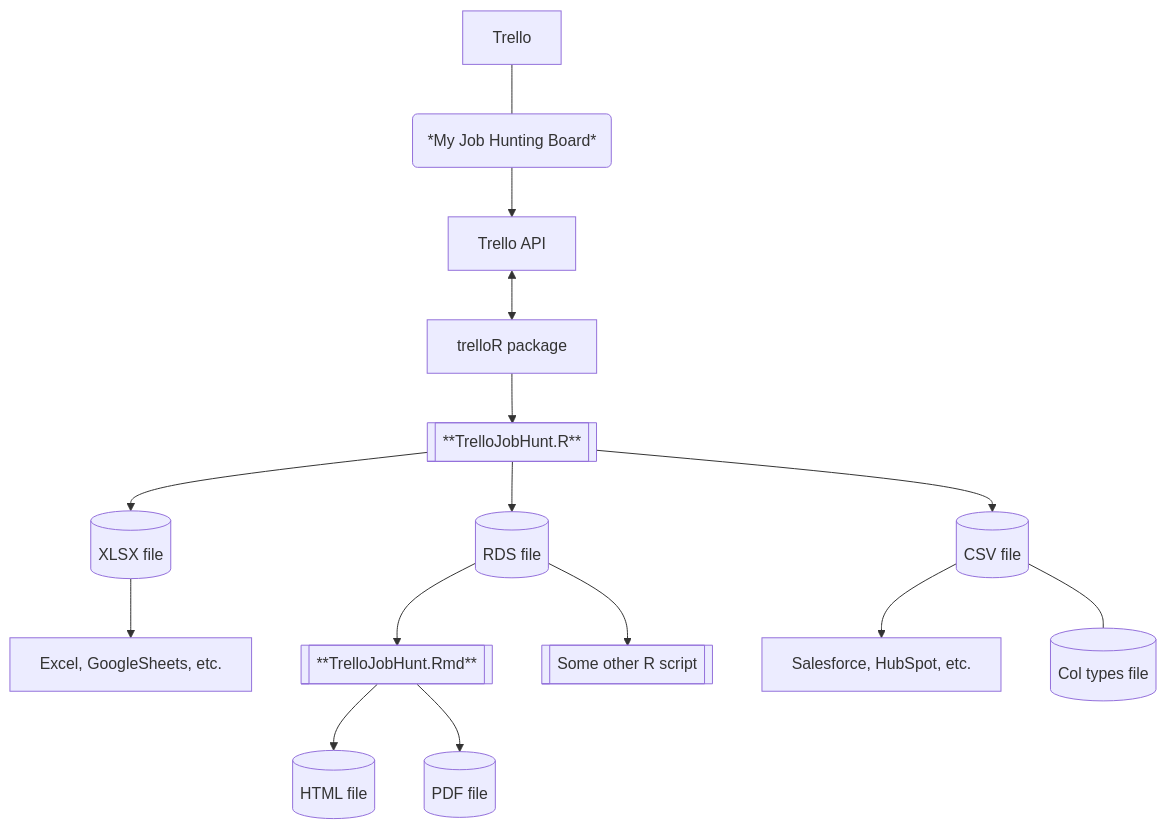
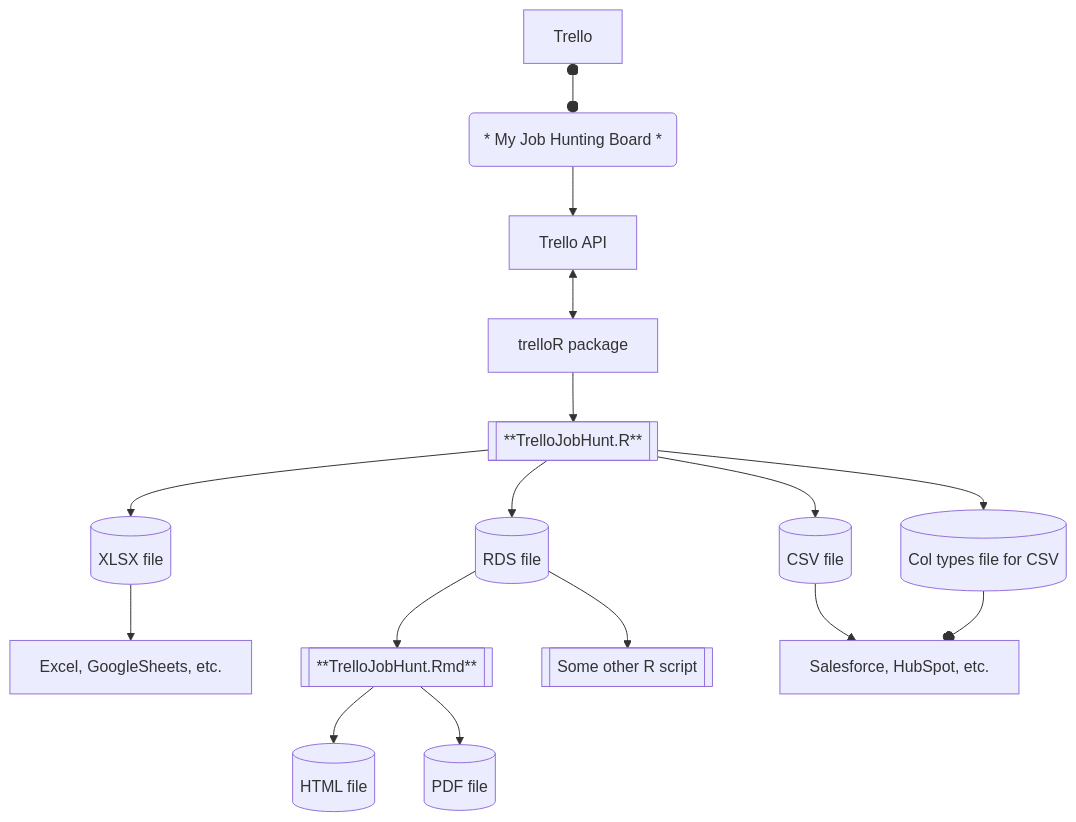
Before and after one commit to ccowens/trello-dump: the first of 2 diagrams in README.md, drawn with Mermaid. The commit also changed other lines of this file, not shown here.

````diff
--- a/README.md
+++ b/README.md
@@ -10,18 +10,19 @@
 ```mermaid
 graph 
-    Z[Trello] --- Y(*My Job Hunting Board*)
+    Z[Trello] o--o Y(*&nbsp;My Job Hunting Board&nbsp;*)
     Y --> X[Trello API] 
     X <--> W[trelloR package] 
     W --> A
     A[[**TrelloJobHunt.R**]] --> B[(XLSX file)]
     A --> C[(RDS file)]
     A --> G[(CSV file)]
     B --> D[Excel, GoogleSheets, etc.]
     C --> E[[**TrelloJobHunt.Rmd**]]
     E --> J[(HTML file)]
     E --> K[(PDF file)]
     C --> F[[Some other R script]]
     G --> H[Salesforce, HubSpot, etc.]
-    G --- I[(Col types file)]
+    A --> I[(Col types file for CSV)]
+    I --o H
    
 ```
````
